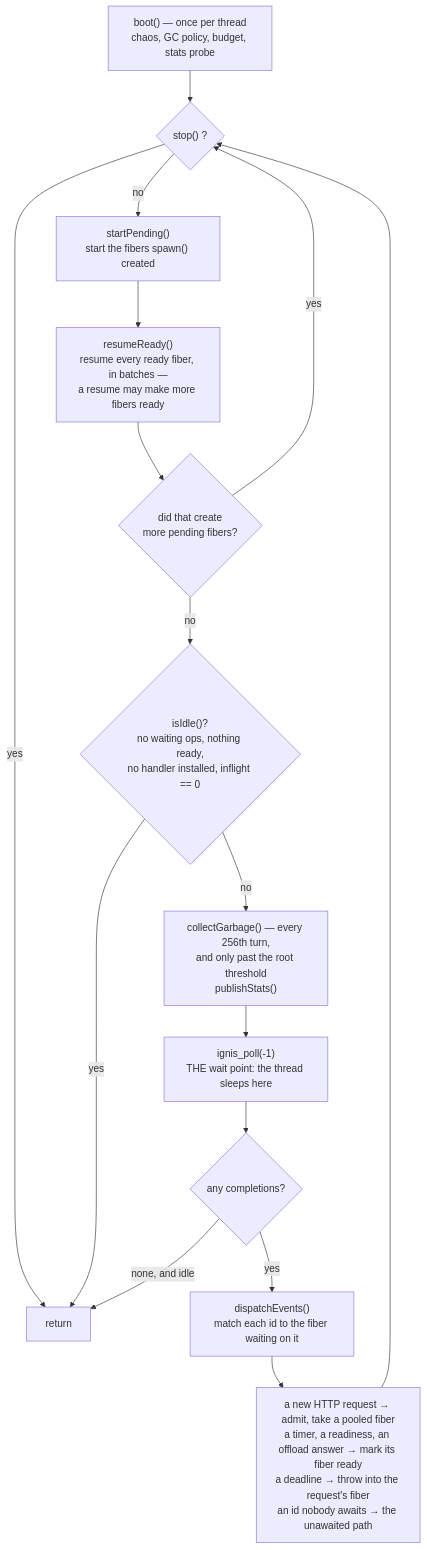
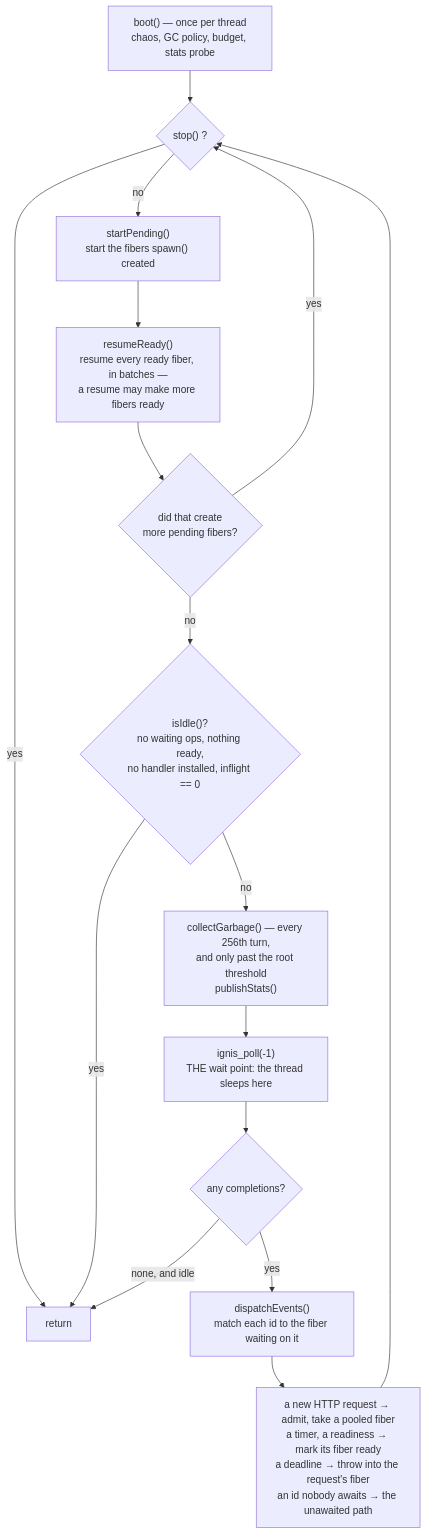
One commit to koekaverna/ignis changed the second of 4 diagrams in docs/concept/architecture.md. Above: the diagram before and after it, drawn with Mermaid. The commit also changed other lines of this file and 26 other files, not shown here.

````diff
--- a/docs/concept/architecture.md
+++ b/docs/concept/architecture.md
@@ -60,24 +59,24 @@
 ```mermaid
 flowchart TD
     boot["boot() — once per thread\nchaos, GC policy, budget, stats probe"] --> turn
 
     turn{"stop() ?"} -- "yes" --> done["return"]
     turn -- "no" --> start["startPending()\nstart the fibers spawn() created"]
     start --> ready["resumeReady()\nresume every ready fiber, in batches —\na resume may make more fibers ready"]
 
     ready --> more{"did that create\nmore pending fibers?"}
     more -- "yes" --> turn
 
     more -- "no" --> idle{"isIdle()?\nno waiting ops, nothing ready,\nno handler installed, inflight == 0"}
     idle -- "yes" --> done
 
     idle -- "no" --> gc["collectGarbage() — every 256th turn,\nand only past the root threshold\npublishStats()"]
     gc --> poll["ignis_poll(-1)\nTHE wait point: the thread sleeps here"]
 
     poll --> got{"any completions?"}
     got -- "none, and idle" --> done
     got -- "yes" --> dispatch["dispatchEvents()\nmatch each id to the fiber waiting on it"]
 
-    dispatch --> kinds["a new HTTP request → admit, take a pooled fiber\na timer, a readiness, an offload answer → mark its fiber ready\na deadline → throw into the request's fiber\nan id nobody awaits → the unawaited path"]
+    dispatch --> kinds["a new HTTP request → admit, take a pooled fiber\na timer, a readiness → mark its fiber ready\na deadline → throw into the request's fiber\nan id nobody awaits → the unawaited path"]
     kinds --> turn
 ```
````
